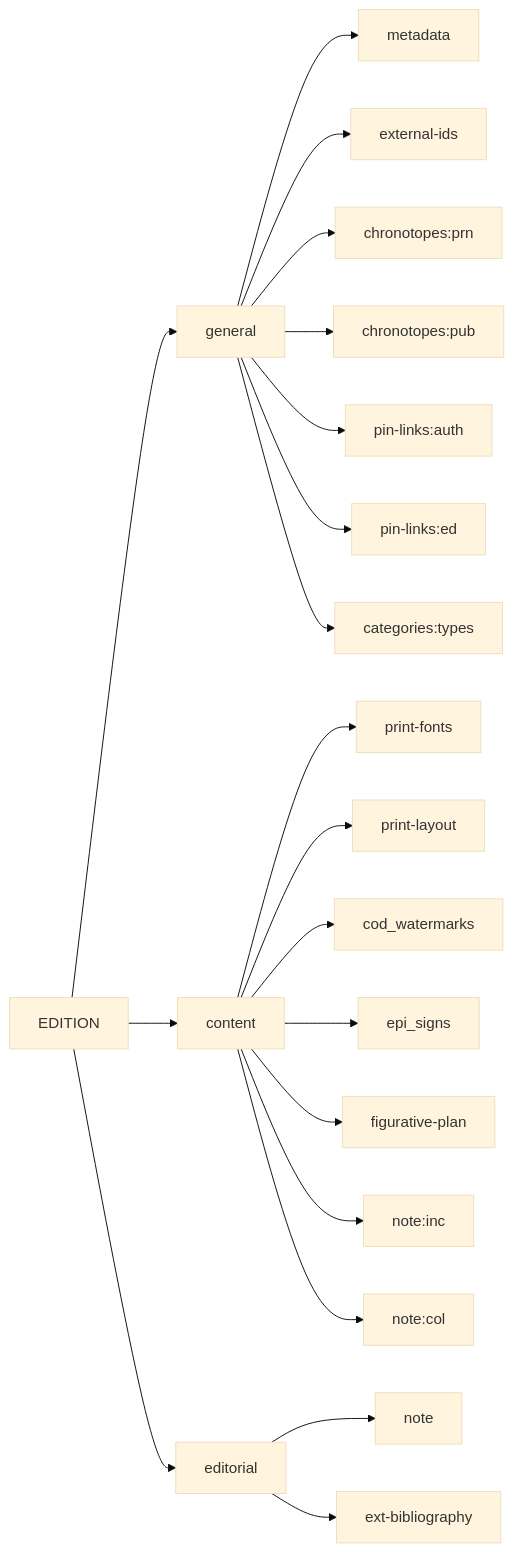
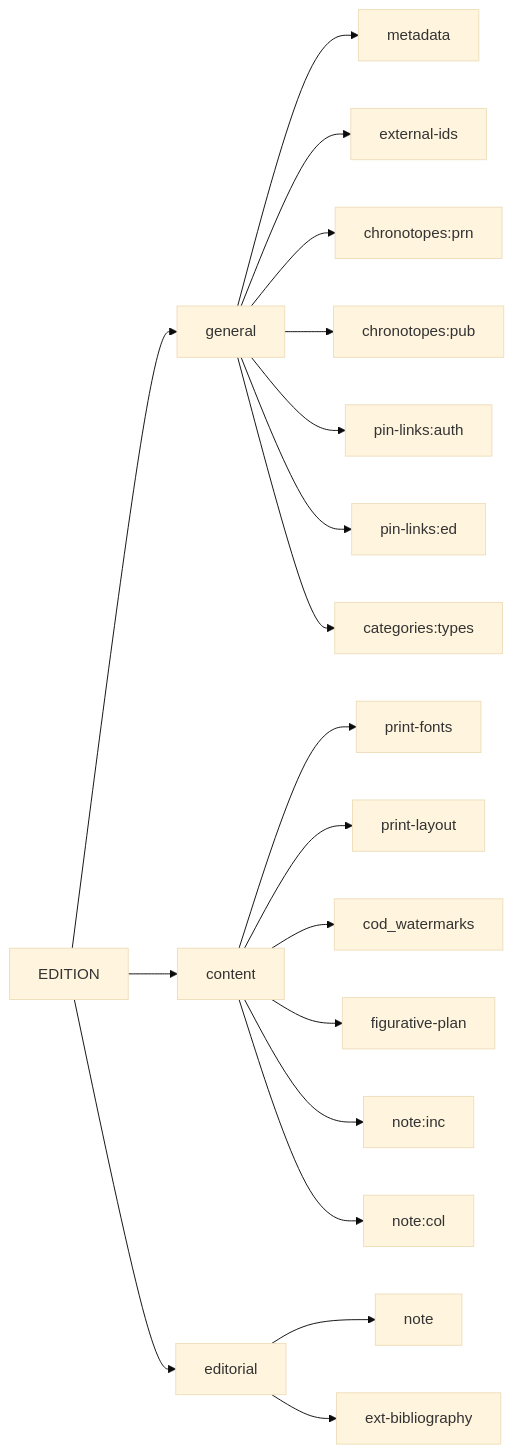
One commit to vedph/cadmus-ndp-books changed the first of 2 diagrams in README.md. Above: the diagram before and after it, drawn with Mermaid (base theme).

````diff
--- a/README.md
+++ b/README.md
@@ -16,23 +16,22 @@
 ```mermaid
 graph LR;
 
 EDITION --> general
 general --> metadata
 general --> external-ids
 general --> chronotopes:prn
 general --> chronotopes:pub
 general --> pin-links:auth
 general --> pin-links:ed
 general --> categories:types
 EDITION --> content
 content --> print-fonts
 content --> print-layout
 content --> cod_watermarks
-content --> epi_signs
 content --> figurative-plan
 content --> note:inc
 content --> note:col
 EDITION --> editorial
 editorial --> note
 editorial --> ext-bibliography
 ```
````
